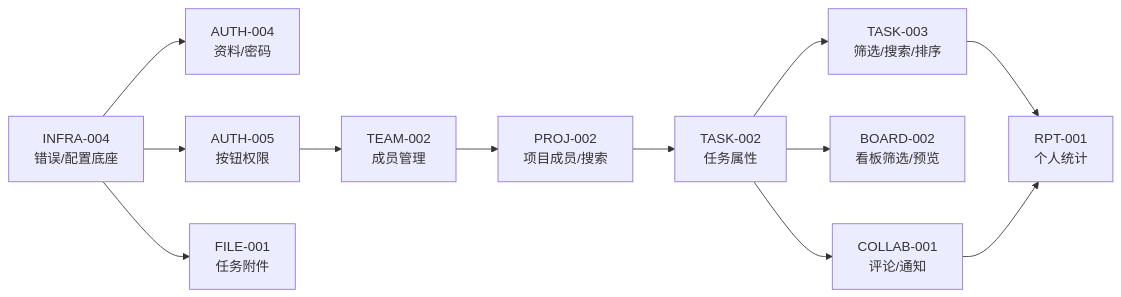
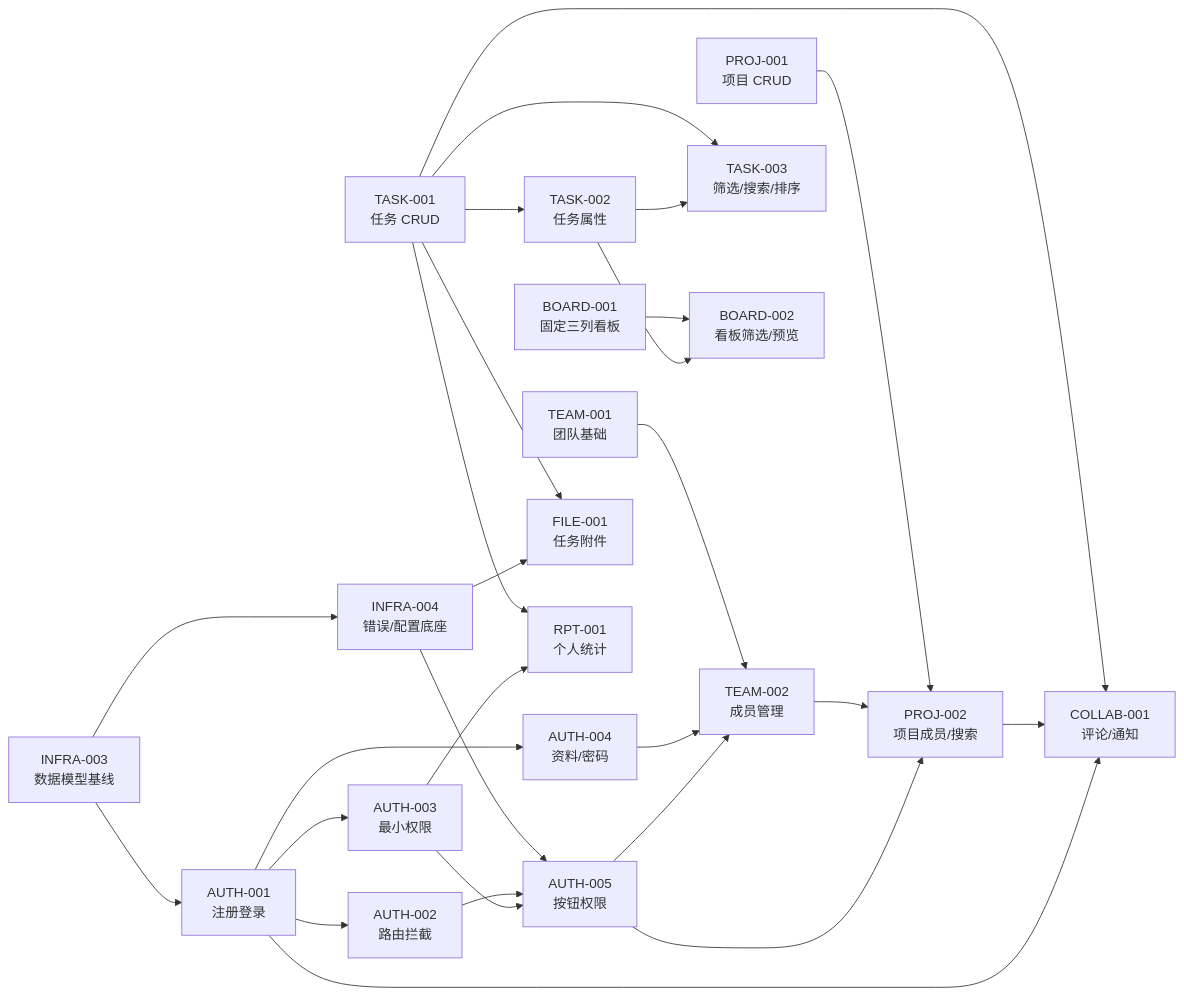
The diagram in docs/sprint-1-mvp/sprint-overview.md (RabbitAI-Lab/RabbitProjects), drawn with Mermaid before and after one commit. The commit also changed other lines of this file and 11 other files, not shown here.

````diff
--- a/docs/sprint-1-mvp/sprint-overview.md
+++ b/docs/sprint-1-mvp/sprint-overview.md
@@ -102,14 +102,29 @@
 ```mermaid
 graph LR
-    I4["INFRA-004<br/>错误/配置底座"] --> A4["AUTH-004<br/>资料/密码"]
+    I3["INFRA-003<br/>数据模型基线"] --> I4["INFRA-004<br/>错误/配置底座"]
+    I3 --> A1["AUTH-001<br/>注册登录"]
+    A1 --> A2["AUTH-002<br/>路由拦截"]
+    A1 --> A3["AUTH-003<br/>最小权限"]
+    A1 --> A4["AUTH-004<br/>资料/密码"]
     I4 --> A5["AUTH-005<br/>按钮权限"]
-    A5 --> T2["TEAM-002<br/>成员管理"]
-    T2 --> P2["PROJ-002<br/>项目成员/搜索"]
-    P2 --> K2["TASK-002<br/>任务属性"]
-    K2 --> K3["TASK-003<br/>筛选/搜索/排序"]
-    K2 --> B2["BOARD-002<br/>看板筛选/预览"]
-    I4 --> F1["FILE-001<br/>任务附件"]
-    K2 --> C1["COLLAB-001<br/>评论/通知"]
-    K3 --> R1["RPT-001<br/>个人统计"]
-    C1 --> R1
+    A2 --> A5
+    A3 --> A5
+    T1["TEAM-001<br/>团队基础"] --> T2["TEAM-002<br/>成员管理"]
+    A4 --> T2
+    A5 --> T2
+    P1["PROJ-001<br/>项目 CRUD"] --> P2["PROJ-002<br/>项目成员/搜索"]
+    T2 --> P2
+    A5 --> P2
+    K1["TASK-001<br/>任务 CRUD"] --> K2["TASK-002<br/>任务属性"]
+    K1 --> K3["TASK-003<br/>筛选/搜索/排序"]
+    K2 --> K3
+    B1["BOARD-001<br/>固定三列看板"] --> B2["BOARD-002<br/>看板筛选/预览"]
+    K2 --> B2
+    K1 --> F1["FILE-001<br/>任务附件"]
+    I4 --> F1
+    K1 --> C1["COLLAB-001<br/>评论/通知"]
+    P2 --> C1
+    A1 --> C1
+    K1 --> R1["RPT-001<br/>个人统计"]
+    A3 --> R1
 ```
````
